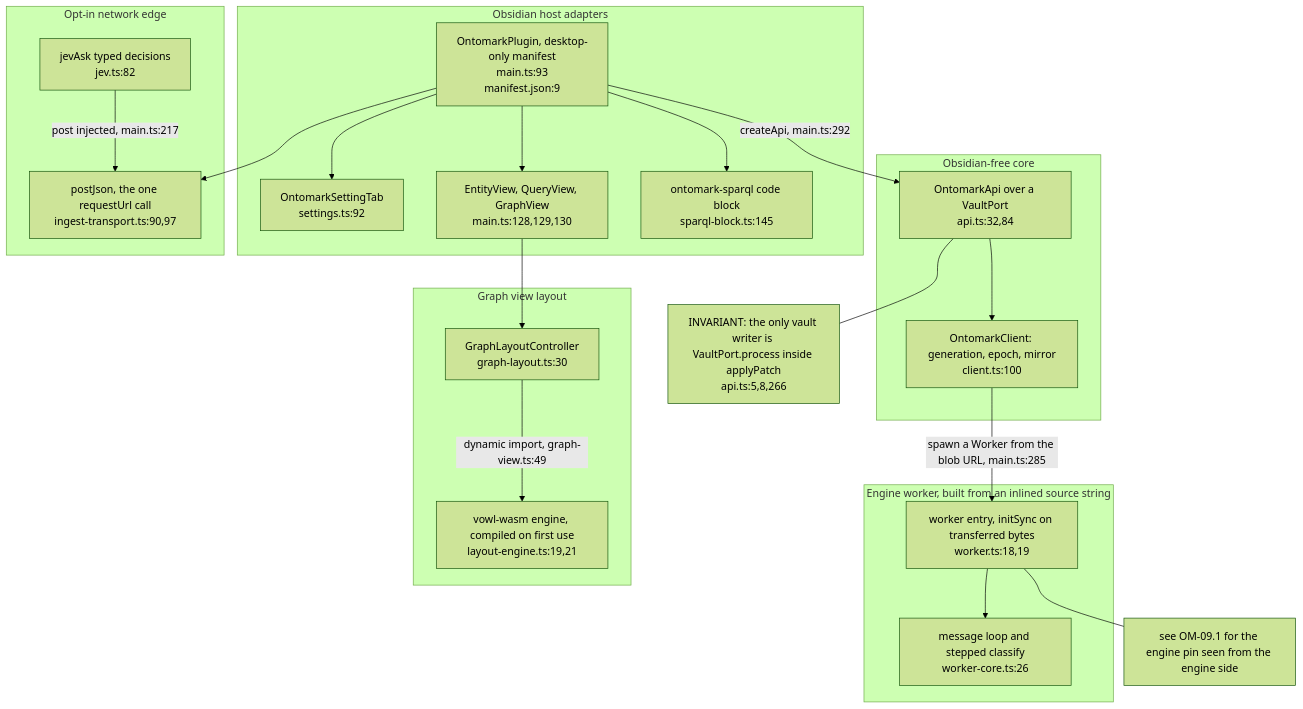
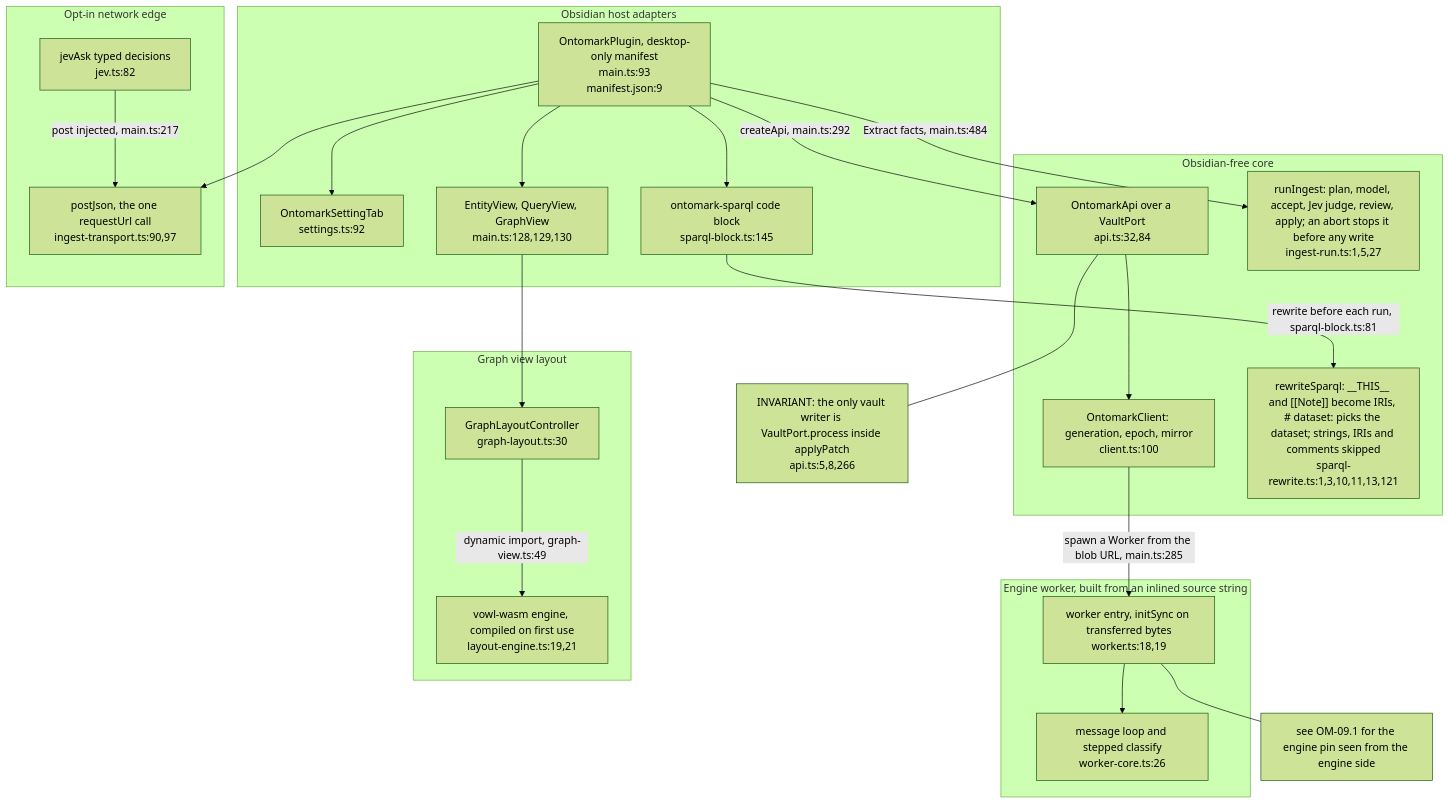
One commit to DreamLab-AI/VisionFlow changed the first of 4 diagrams in docs/diagrams/ontomark-obsidian/01-plugin-anatomy-and-lifecycle.md. Above: the diagram before and after it, drawn with Mermaid (forest theme). The commit also changed other lines of this file, not shown here.

First line of the commit message:
diagrams(ontomark-obsidian): draw sparql-rewrite and ingest-run in OO-01.1

````diff
--- a/docs/diagrams/ontomark-obsidian/01-plugin-anatomy-and-lifecycle.md
+++ b/docs/diagrams/ontomark-obsidian/01-plugin-anatomy-and-lifecycle.md
@@ -30,40 +33,44 @@
 ```mermaid
 flowchart TD
     subgraph HOST["Obsidian host adapters"]
         MAIN["OntomarkPlugin, desktop-only manifest<br/>main.ts:93<br/>manifest.json:9"]
         SET["OntomarkSettingTab<br/>settings.ts:92"]
         VIEWS["EntityView, QueryView, GraphView<br/>main.ts:128,129,130"]
         BLOCK["ontomark-sparql code block<br/>sparql-block.ts:145"]
     end
     subgraph CORE["Obsidian-free core"]
         API["OntomarkApi over a VaultPort<br/>api.ts:32,84"]
         CLI["OntomarkClient: generation, epoch, mirror<br/>client.ts:100"]
+        RW["rewriteSparql: __THIS__ and [[Note]] become IRIs, # dataset: picks the dataset; strings, IRIs and comments skipped<br/>sparql-rewrite.ts:1,3,10,11,13,121"]
+        IR["runIngest: plan, model, accept, Jev judge, review, apply; an abort stops it before any write<br/>ingest-run.ts:1,5,27"]
     end
     subgraph WORK["Engine worker, built from an inlined source string"]
         WK["worker entry, initSync on transferred bytes<br/>worker.ts:18,19"]
         WC["message loop and stepped classify<br/>worker-core.ts:26"]
     end
     subgraph NET["Opt-in network edge"]
         TR["postJson, the one requestUrl call<br/>ingest-transport.ts:90,97"]
         JEV["jevAsk typed decisions<br/>jev.ts:82"]
     end
     subgraph GR["Graph view layout"]
         GLC["GraphLayoutController<br/>graph-layout.ts:30"]
         LE["vowl-wasm engine, compiled on first use<br/>layout-engine.ts:19,21"]
     end
     MAIN --> SET
     MAIN --> VIEWS
     MAIN --> BLOCK
+    BLOCK -->|"rewrite before each run, sparql-block.ts:81"| RW
+    MAIN -->|"Extract facts, main.ts:484"| IR
     MAIN -->|"createApi, main.ts:292"| API
     API --> CLI
     CLI -->|"spawn a Worker from the blob URL, main.ts:285"| WK
     WK --> WC
     MAIN --> TR
     JEV -->|"post injected, main.ts:217"| TR
     VIEWS --> GLC
     GLC -->|"dynamic import, graph-view.ts:49"| LE
     INV["INVARIANT: the only vault writer is VaultPort.process inside applyPatch<br/>api.ts:5,8,266"]
     API --- INV
     NOTE["see OM-09.1 for the engine pin seen from the engine side"]
     WK --- NOTE
 ```
````
